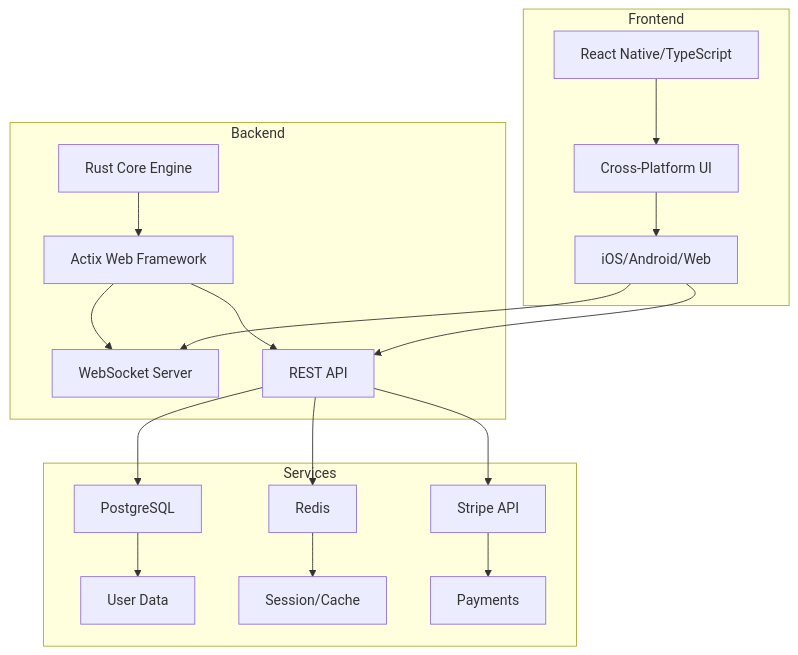
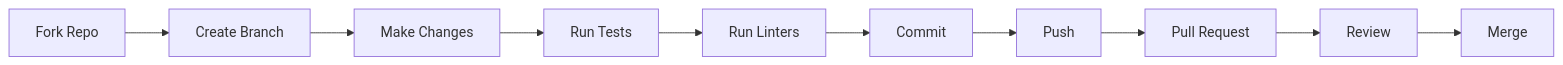
Before and after one commit to Tim-Spurlin/iVibe.live-Pro: diagram 12 of 12 in README.md, drawn with Mermaid. The commit also changed other lines of this file, not shown here.

````diff
--- a/README.md
+++ b/README.md
@@ -66,25 +1060,12 @@
 ```mermaid
-graph TB
-    subgraph Frontend
-        A[React Native/TypeScript] --> B[Cross-Platform UI]
-        B --> C[iOS/Android/Web]
-    end
-    
-    subgraph Backend
-        D[Rust Core Engine] --> E[Actix Web Framework]
-        E --> F[WebSocket Server]
-        E --> G[REST API]
-    end
-    
-    subgraph Services
-        H[PostgreSQL] --> I[User Data]
-        J[Redis] --> K[Session/Cache]
-        L[Stripe API] --> M[Payments]
-    end
-    
-    C --> G
-    C --> F
-    G --> H
-    G --> J
-    G --> L
+graph LR
+    F[Fork Repo] --> B[Create Branch]
+    B --> C[Make Changes]
+    C --> T[Run Tests]
+    T --> L[Run Linters]
+    L --> CO[Commit]
+    CO --> P[Push]
+    P --> PR[Pull Request]
+    PR --> R[Review]
+    R --> M[Merge]
 ```
````
